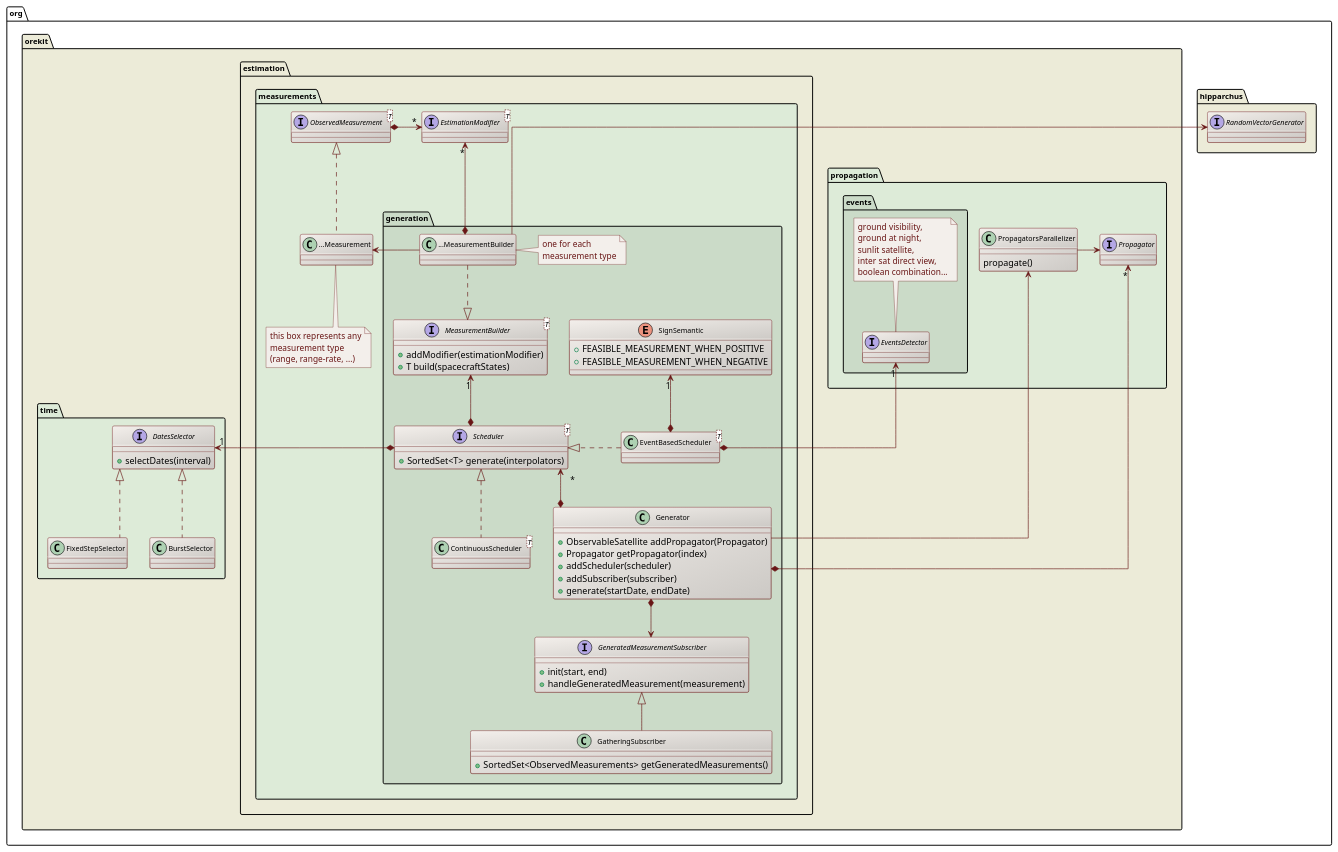
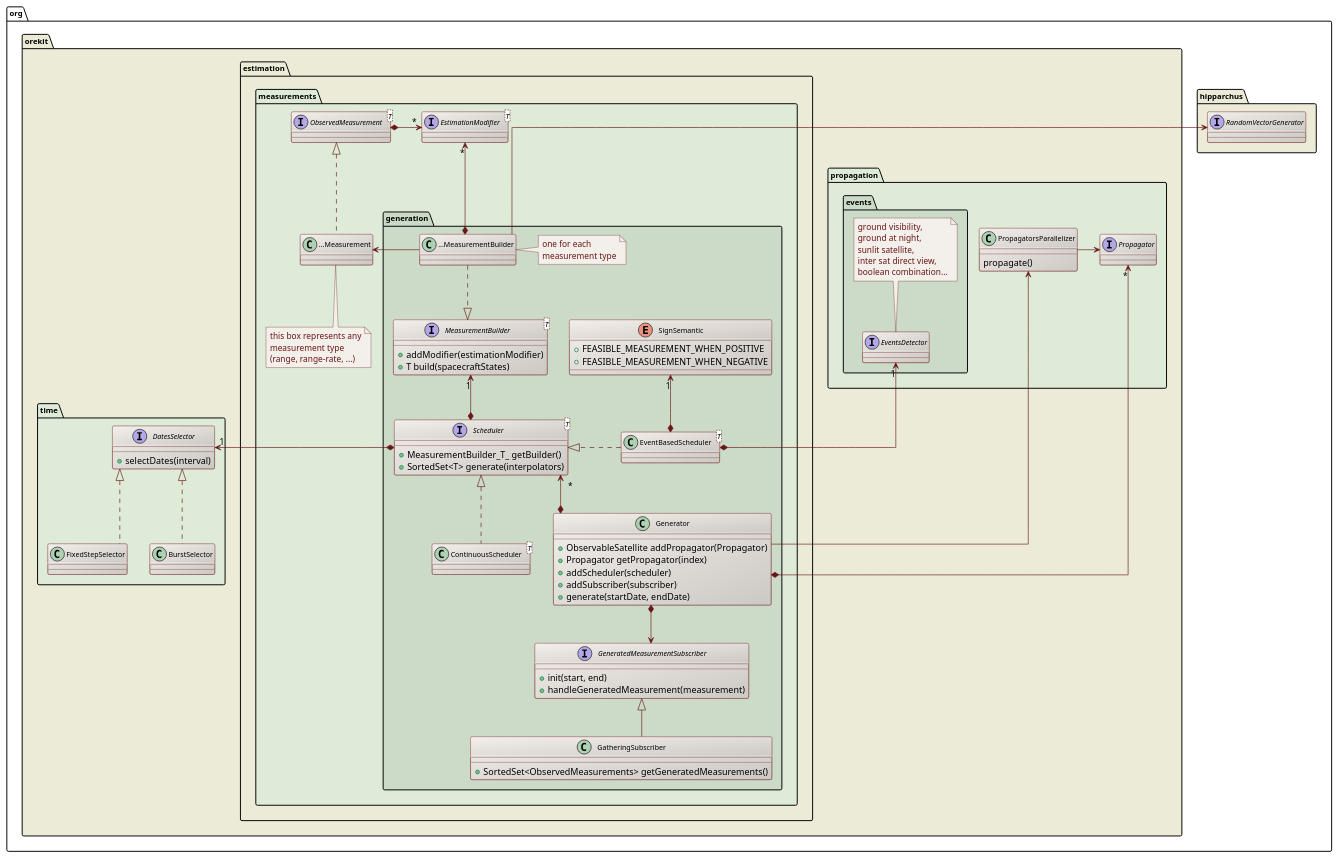
Before and after one commit to CS-SI/Orekit: the diagram in src/design/measurements-generation-class-diagram.puml, drawn with PlantUML. The commit also changed 3 other files, not shown here.

First line of the commit message:
Moved getBuilder from AbstractScheduler class to Scheduler interface.

```diff
--- a/src/design/measurements-generation-class-diagram.puml
+++ b/src/design/measurements-generation-class-diagram.puml
@@ -17,132 +17,133 @@
 @startuml
 
   skinparam svek                  true
   skinparam ClassBackgroundColor  #F3EFEB/CCC9C5
   skinparam ClassArrowColor       #691616
   skinparam ClassBorderColor      #691616
   skinparam NoteBackgroundColor   #F3EFEB
   skinparam NoteBorderColor       #691616
   skinparam NoteFontColor         #691616
   skinparam ClassFontSize         11
   skinparam PackageFontSize       12
   skinparam linetype              ortho
 
   package org.hipparchus #ECEBD8 {
       interface RandomVectorGenerator
   }
 
   package org.orekit #ECEBD8 {
 
     package propagation #DDEBD8 {
 
       package events #CBDBC8 {
         interface EventsDetector
         note top
           ground visibility,
           ground at night,
           sunlit satellite,
           inter sat direct view,
           boolean combination...
         end note
       }
 
       interface Propagator
       class PropagatorsParallelizer {
         propagate()
       }
       Propagator <-left- PropagatorsParallelizer
 
     }
 
     package time #DDEBD8 {
         interface DatesSelector {
           +selectDates(interval)
         }
         class FixedStepSelector
         class BurstSelector
 
 
         DatesSelector <|.. FixedStepSelector
         DatesSelector <|.. BurstSelector
     }
 
     package estimation.measurements #DDEBD8 {
 
       package generation #CBDBC8 {
 
         interface "MeasurementBuilder<T>" as MeasurementBuilder_T_ {
           +addModifier(estimationModifier)
           +T build(spacecraftStates)
         }
 
         class "...MeasurementBuilder" as XXXMeasurementBuilder
         note right
           one for each
           measurement type
         end note
 
         class Generator {
           +ObservableSatellite addPropagator(Propagator)
           +Propagator getPropagator(index)
           +addScheduler(scheduler)
           +addSubscriber(subscriber)
           +generate(startDate, endDate)
         }
 
         enum SignSemantic {
           +FEASIBLE_MEASUREMENT_WHEN_POSITIVE
           +FEASIBLE_MEASUREMENT_WHEN_NEGATIVE
         }
         class "EventBasedScheduler<T>" as EventBasedScheduler_T_
         class "ContinuousScheduler<T>" as ContinuousScheduler_T_
 
         interface "Scheduler<T>" as Scheduler_T_ {
+          +MeasurementBuilder_T_ getBuilder()
           +SortedSet<T> generate(interpolators)
         }
 
         interface GeneratedMeasurementSubscriber {
           +init(start, end)
           +handleGeneratedMeasurement(measurement)
         }
 
         class GatheringSubscriber {
           +SortedSet<ObservedMeasurements> getGeneratedMeasurements()
         }
 
         XXXMeasurementBuilder       ..|>          MeasurementBuilder_T_
         MeasurementBuilder_T_ "1" <--* Scheduler_T_
         RandomVectorGenerator <-- XXXMeasurementBuilder
         SignSemantic "1" <--* EventBasedScheduler_T_
         Scheduler_T_ <|.left. EventBasedScheduler_T_
         Scheduler_T_ <|.. ContinuousScheduler_T_
         Scheduler_T_ "*" <--* Generator
         Generator *--> GeneratedMeasurementSubscriber
         GeneratedMeasurementSubscriber <|-- GatheringSubscriber
         EventsDetector "1" <--* EventBasedScheduler_T_
   
         PropagatorsParallelizer <-- Generator
         Propagator "*" <--* Generator
 
       }
 
       interface "EstimationModifier<T>" as EstimationModifier_T_
       interface "ObservedMeasurement<T>" as ObservedMeasurement_T_
       class "...Measurement" as XXXMeasurement
       note bottom
         this box represents any
         measurement type
         (range, range-rate, ...)
       end note
 
  
       EstimationModifier_T_  "*" <-left-*      ObservedMeasurement_T_ 
       ObservedMeasurement_T_     <|..          XXXMeasurement
       XXXMeasurement <-left- XXXMeasurementBuilder
       EstimationModifier_T_ "*" <--* XXXMeasurementBuilder 
 
       DatesSelector "1" <-right-* Scheduler_T_
     }
 
   }
 
 @enduml
```
